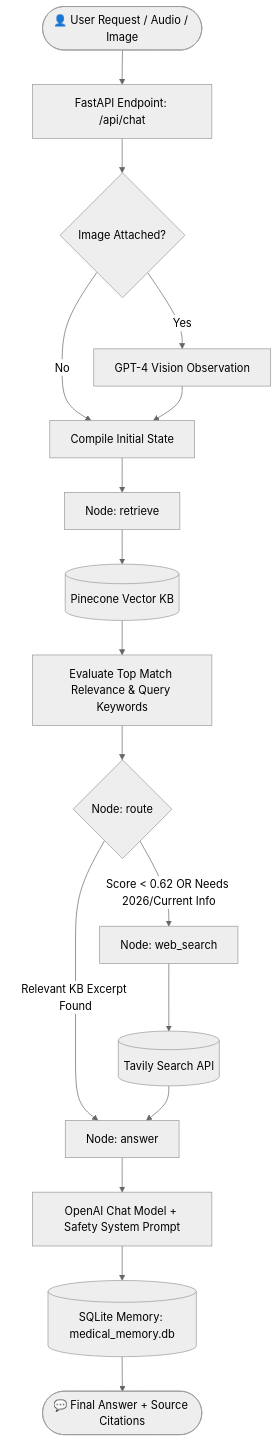
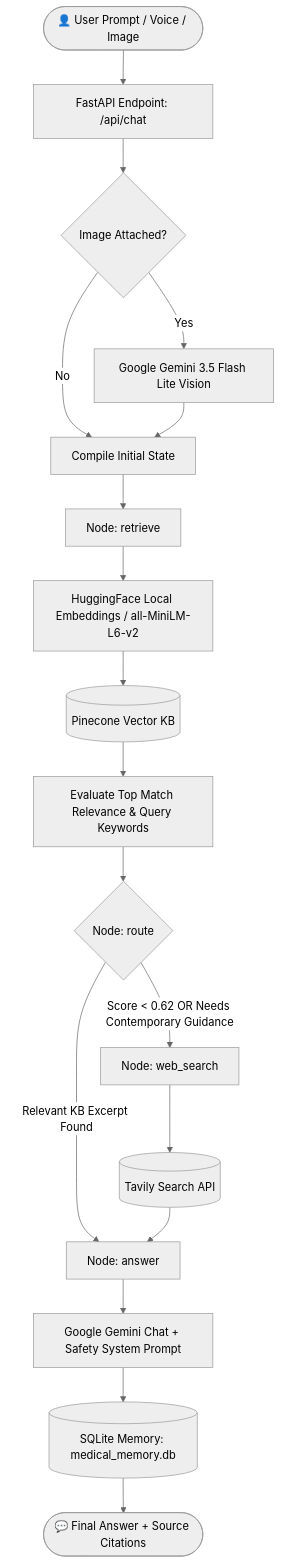
Before and after one commit to suryat8957/Medical_agentic_chatbot: the diagram in README.md, drawn with Mermaid (neutral theme). The commit also changed other lines of this file and 11 other files, not shown here.

````diff
--- a/README.md
+++ b/README.md
@@ -34,23 +37,24 @@
 ```mermaid
 graph TD
-    User([👤 User Request / Audio / Image]) --> Ingest[FastAPI Endpoint: /api/chat]
+    User([👤 User Prompt / Voice / Image]) --> Ingest[FastAPI Endpoint: /api/chat]
     Ingest --> Vision{Image Attached?}
-    Vision -- Yes --> VisionModel[GPT-4 Vision Observation]
+    Vision -- Yes --> GeminiVision[Google Gemini 3.5 Flash Lite Vision]
     Vision -- No --> InitState[Compile Initial State]
-    VisionModel --> InitState
+    GeminiVision --> InitState
 
     InitState --> NodeRetrieve[Node: retrieve]
-    NodeRetrieve --> Pinecone[(Pinecone Vector KB)]
+    NodeRetrieve --> HuggingFace[HuggingFace Local Embeddings / all-MiniLM-L6-v2]
+    HuggingFace --> Pinecone[(Pinecone Vector KB)]
     Pinecone --> RetrieveScore[Evaluate Top Match Relevance & Query Keywords]
     
     RetrieveScore --> NodeRoute{Node: route}
-    NodeRoute -- Score < 0.62 OR Needs 2026/Current Info --> NodeWeb[Node: web_search]
+    NodeRoute -- Score < 0.62 OR Needs Contemporary Guidance --> NodeWeb[Node: web_search]
     NodeRoute -- Relevant KB Excerpt Found --> NodeAnswer[Node: answer]
     
     NodeWeb --> TavilyAPI[(Tavily Search API)]
     TavilyAPI --> NodeAnswer
     
-    NodeAnswer --> LLM[OpenAI Chat Model + Safety System Prompt]
-    LLM --> Checkpoint[(SQLite Memory: medical_memory.db)]
+    NodeAnswer --> GeminiLLM[Google Gemini Chat + Safety System Prompt]
+    GeminiLLM --> Checkpoint[(SQLite Memory: medical_memory.db)]
     Checkpoint --> Response([💬 Final Answer + Source Citations])
 ```
````
